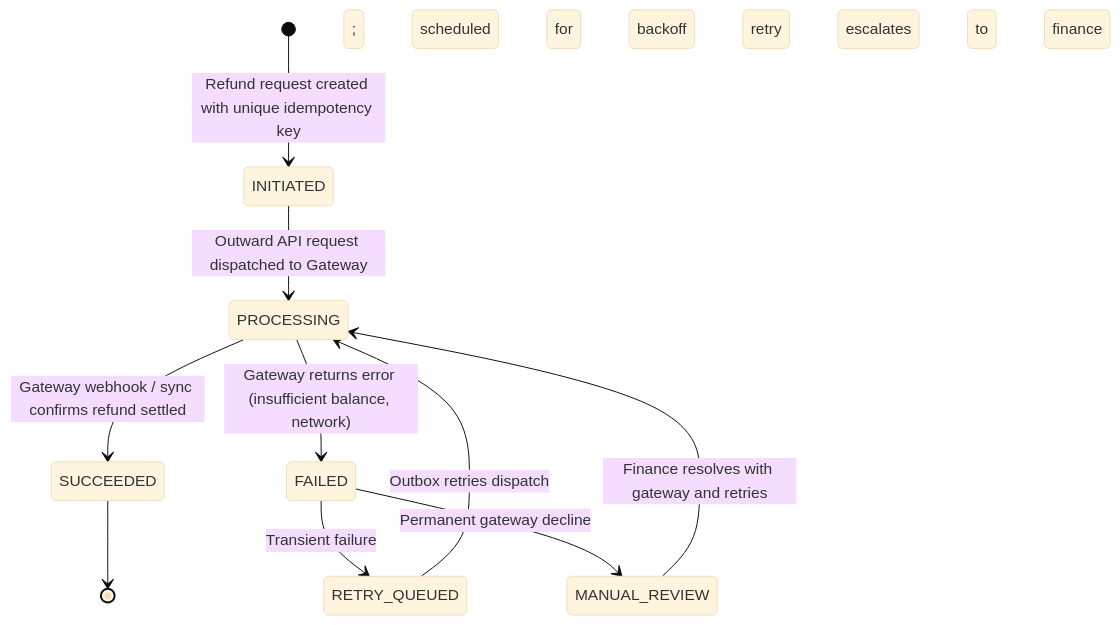
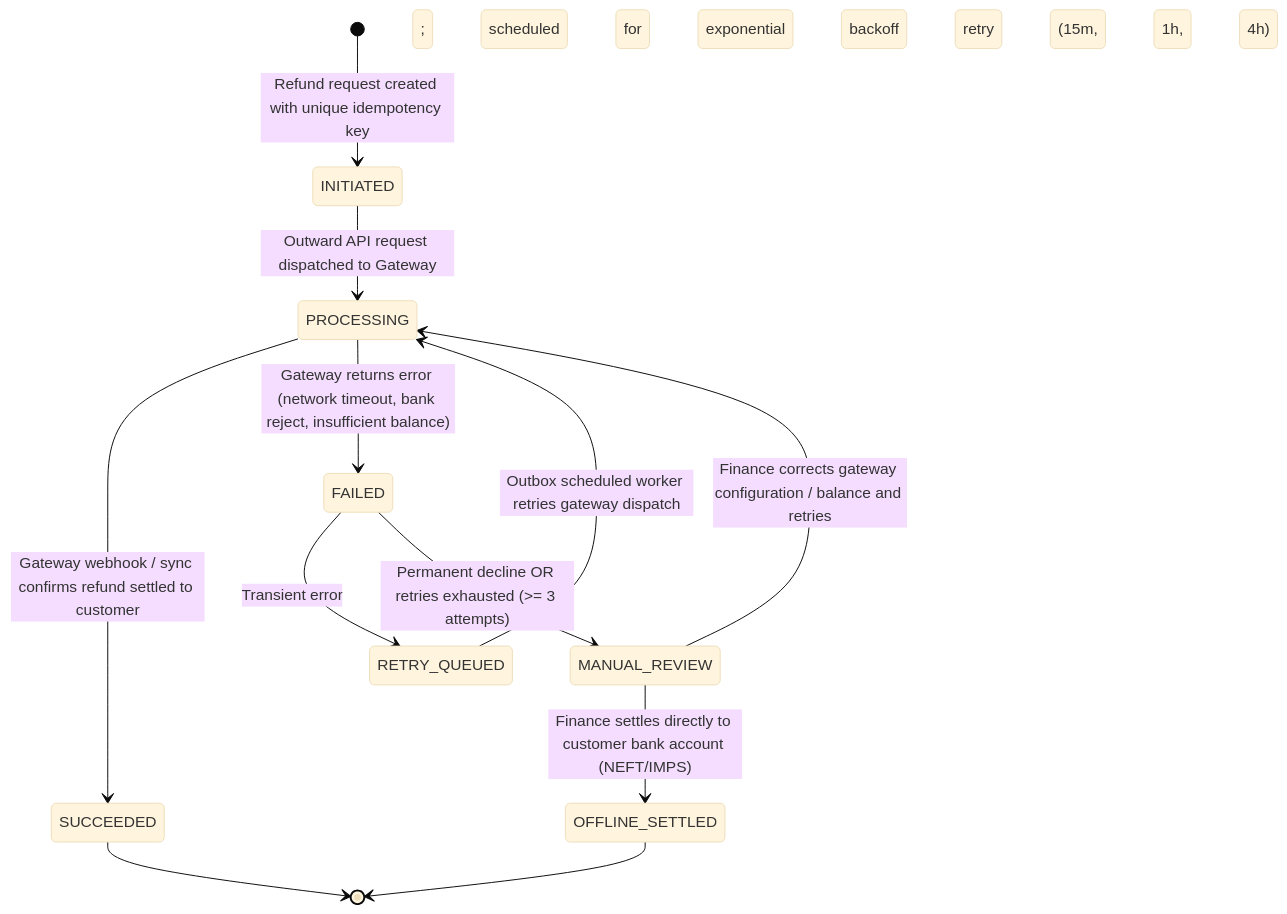
The sixth of 10 diagrams in docs/STATE_MACHINES.md (jayasai14/vehicle-rental-platform), drawn with Mermaid (base theme) before and after one commit. The commit also changed other lines of this file and 13 other files, not shown here.

````diff
--- a/docs/STATE_MACHINES.md
+++ b/docs/STATE_MACHINES.md
@@ -128,14 +161,18 @@
 ```mermaid
 stateDiagram-v2
     [*] --> INITIATED: Refund request created with unique idempotency key
     INITIATED --> PROCESSING: Outward API request dispatched to Gateway
-    PROCESSING --> SUCCEEDED: Gateway webhook / sync confirms refund settled
-    PROCESSING --> FAILED: Gateway returns error (insufficient balance, network)
     
-    FAILED --> RETRY_QUEUED: Transient failure; scheduled for backoff retry
-    RETRY_QUEUED --> PROCESSING: Outbox retries dispatch
-    FAILED --> MANUAL_REVIEW: Permanent gateway decline; escalates to finance
-    MANUAL_REVIEW --> PROCESSING: Finance resolves with gateway and retries
+    PROCESSING --> SUCCEEDED: Gateway webhook / sync confirms refund settled to customer
+    PROCESSING --> FAILED: Gateway returns error (network timeout, bank reject, insufficient balance)
+    
+    FAILED --> RETRY_QUEUED: Transient error; scheduled for exponential backoff retry (15m, 1h, 4h)
+    RETRY_QUEUED --> PROCESSING: Outbox scheduled worker retries gateway dispatch
+    
+    FAILED --> MANUAL_REVIEW: Permanent decline OR retries exhausted (>= 3 attempts)
+    MANUAL_REVIEW --> PROCESSING: Finance corrects gateway configuration / balance and retries
+    MANUAL_REVIEW --> OFFLINE_SETTLED: Finance settles directly to customer bank account (NEFT/IMPS)
     
     SUCCEEDED --> [*]
+    OFFLINE_SETTLED --> [*]
 ```
````
